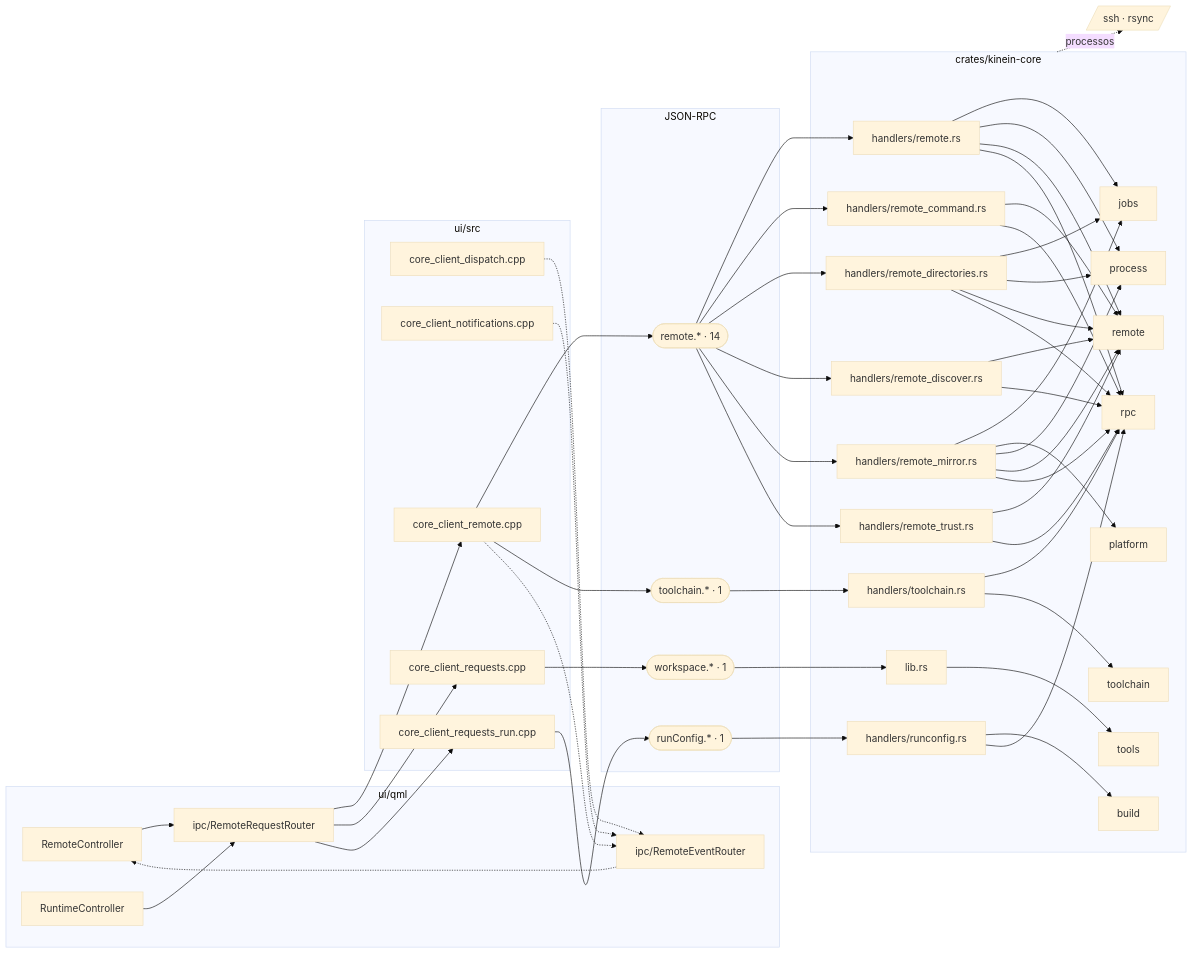
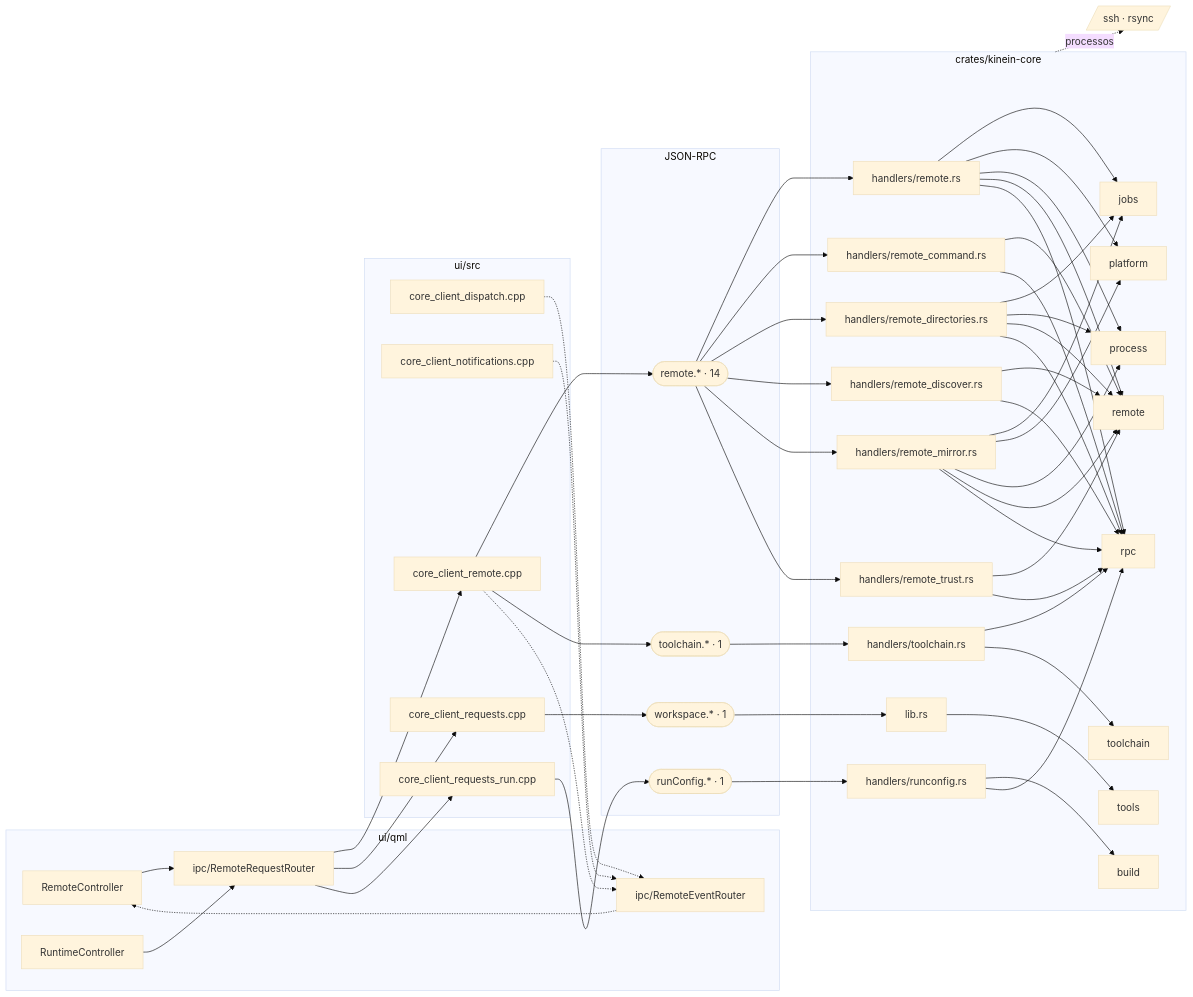
Before and after one commit to ViktorWalde/KineinVectis: diagram 12 of 16 in DocsPublic/arquitetura/01-mapa-de-modulos.md, drawn with Mermaid (base theme). The commit also changed 13 other files, not shown here.

```diff
--- a/DocsPublic/arquitetura/01-mapa-de-modulos.md
+++ b/DocsPublic/arquitetura/01-mapa-de-modulos.md
@@ -1118,6 +1118,7 @@
   n_ui_src_core_client_requests_run_cpp --> n_ipc_runConfig
   n_ipc_remote --> n_crates_kinein_core_src_handlers_remote_rs
   n_crates_kinein_core_src_handlers_remote_rs --> n_core_jobs
+  n_crates_kinein_core_src_handlers_remote_rs --> n_core_platform
   n_crates_kinein_core_src_handlers_remote_rs --> n_core_process
   n_crates_kinein_core_src_handlers_remote_rs --> n_core_remote
   n_crates_kinein_core_src_handlers_remote_rs --> n_core_rpc
```
